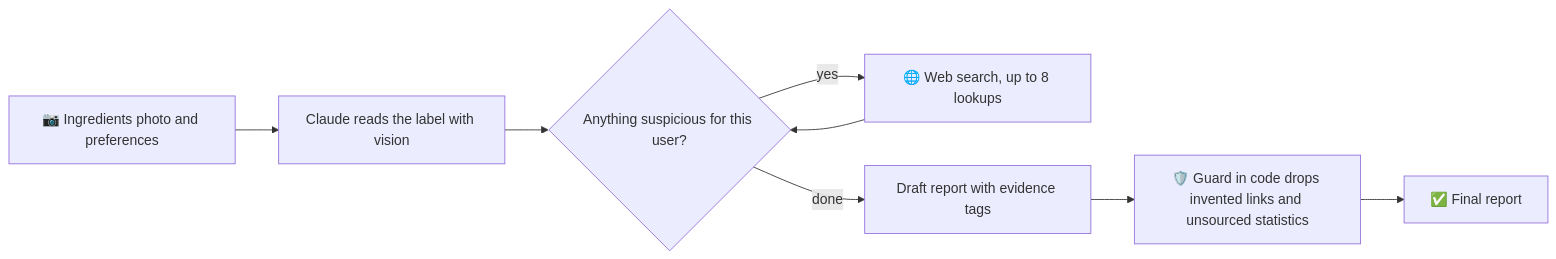
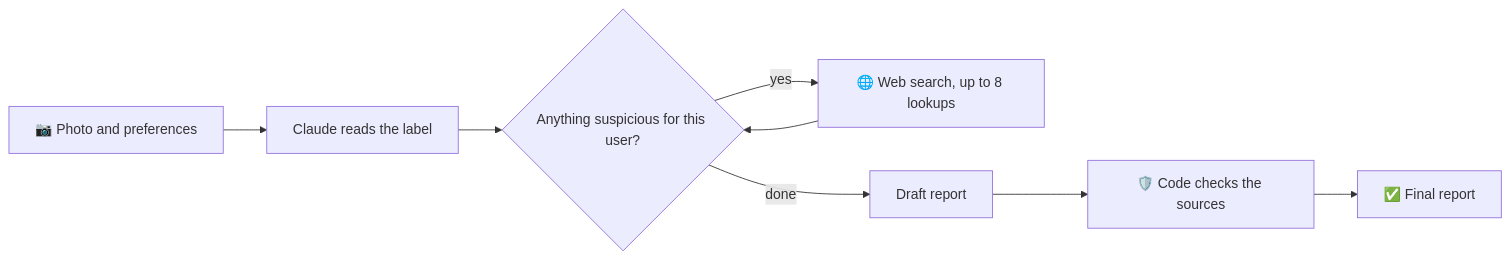
Before and after one commit to a-Hussain314/ingredient-checker-ai-agent: the diagram in README.md, drawn with Mermaid. The commit also changed other lines of this file, not shown here.

````diff
--- a/README.md
+++ b/README.md
@@ -13,10 +50,10 @@
 ```mermaid
 flowchart LR
-    A[📷 Ingredients photo and preferences] --> B[Claude reads the label with vision]
+    A[📷 Photo and preferences] --> B[Claude reads the label]
     B --> C{Anything suspicious for this user?}
     C -- yes --> D[🌐 Web search, up to 8 lookups]
     D --> C
-    C -- done --> E[Draft report with evidence tags]
-    E --> F[🛡️ Guard in code drops invented links and unsourced statistics]
+    C -- done --> E[Draft report]
+    E --> F[🛡️ Code checks the sources]
     F --> G[✅ Final report]
 ```
````
